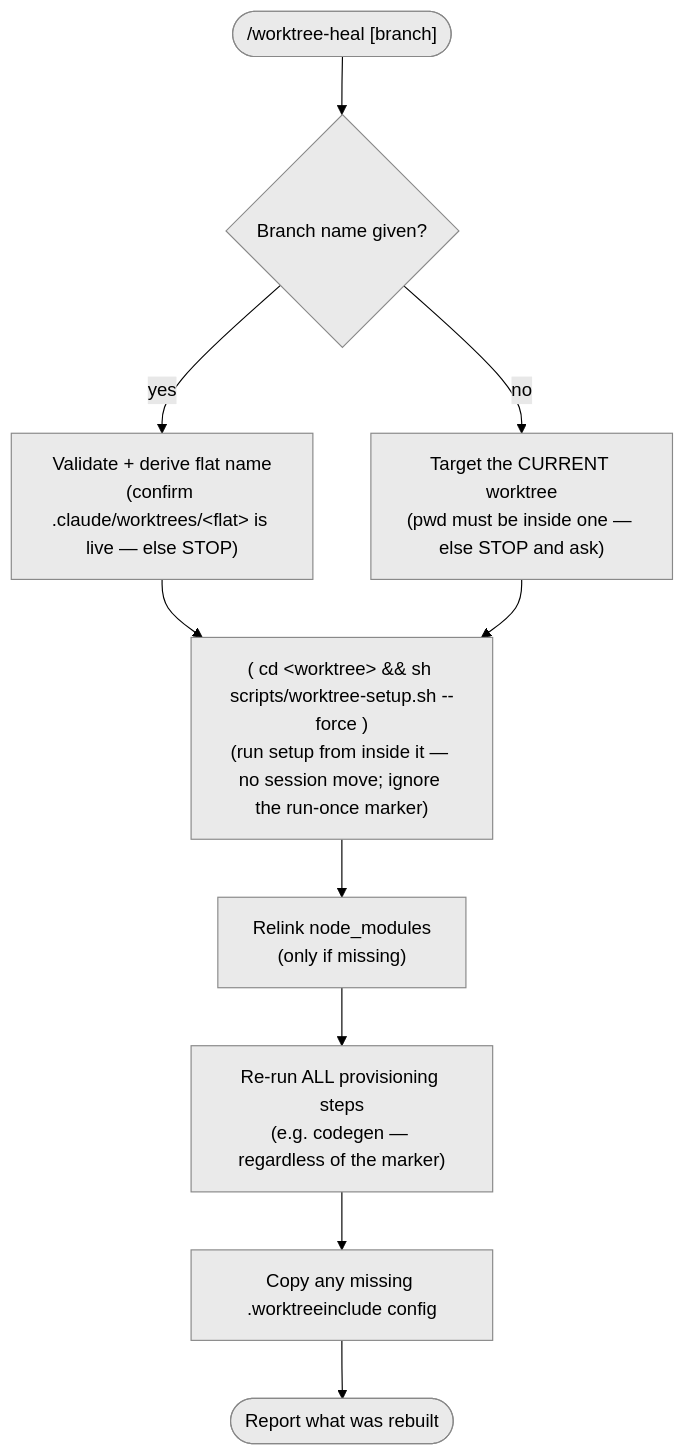
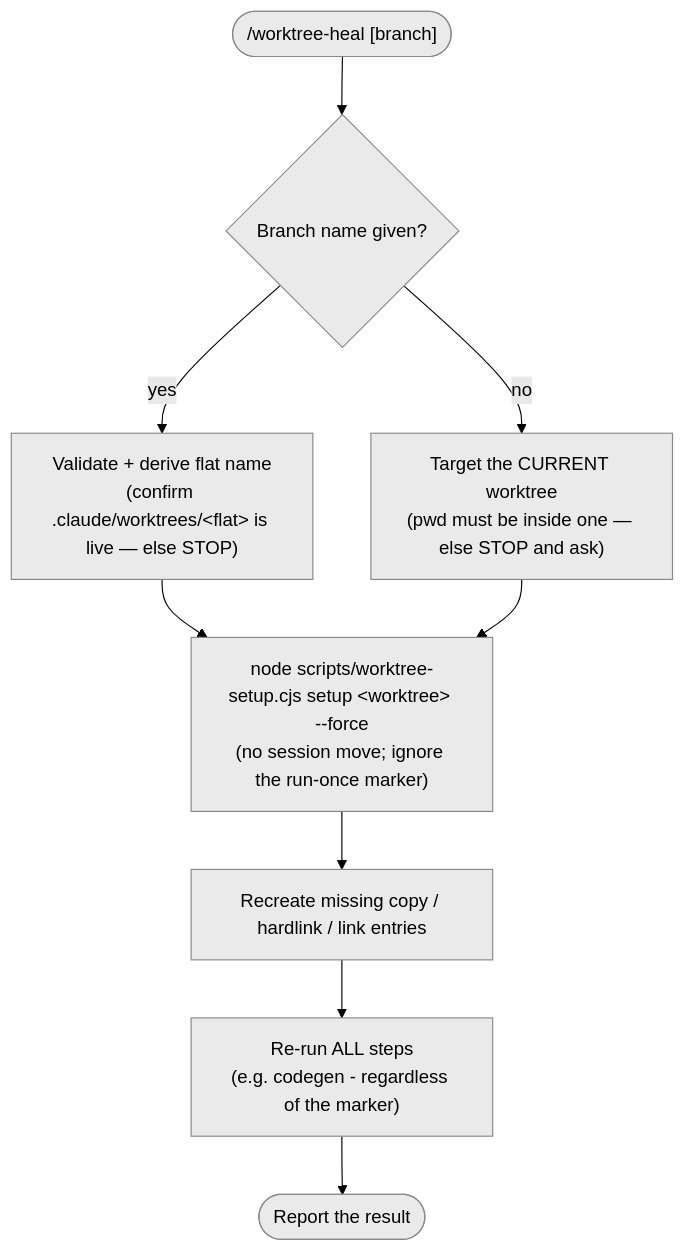
One commit to pilniczek/worktree-toolbox changed the diagram in worktree-per-issue/docs/worktree-heal.md. Above: the diagram before and after it, drawn with Mermaid (forest theme). The commit also changed other lines of this file and 8 other files, not shown here.

````diff
--- a/worktree-per-issue/docs/worktree-heal.md
+++ b/worktree-per-issue/docs/worktree-heal.md
@@ -14,16 +15,15 @@
 ```mermaid
 flowchart TD
   start(["/worktree-heal [branch]"])
   start --> hasarg{"Branch name given?"}
   hasarg -->|"yes"| locate["Validate + derive flat name<br/>(confirm .claude/worktrees/&lt;flat&gt; is live — else STOP)"]
   hasarg -->|"no"| current["Target the CURRENT worktree<br/>(pwd must be inside one — else STOP and ask)"]
   locate --> heal
-  current --> heal["( cd &lt;worktree&gt; && sh scripts/worktree-setup.sh --force )<br/>(run setup from inside it — no session move; ignore the run-once marker)"]
-  heal --> nm["Relink node_modules<br/>(only if missing)"]
-  nm --> steps["Re-run ALL provisioning steps<br/>(e.g. codegen — regardless of the marker)"]
-  steps --> cfg["Copy any missing .worktreeinclude config"]
-  cfg --> report(["Report what was rebuilt"])
+  current --> heal["node scripts/worktree-setup.cjs setup &lt;worktree&gt; --force<br/>(no session move; ignore the run-once marker)"]
+  heal --> nm["Recreate missing copy / hardlink / link entries"]
+  nm --> steps["Re-run ALL steps<br/>(e.g. codegen - regardless of the marker)"]
+  steps --> report(["Report the result"])
 
   classDef step fill:#eaeaea,stroke:#888,color:#000;
-  class start,hasarg,locate,current,heal,nm,steps,cfg,report step;
+  class start,hasarg,locate,current,heal,nm,steps,report step;
 ```
````
